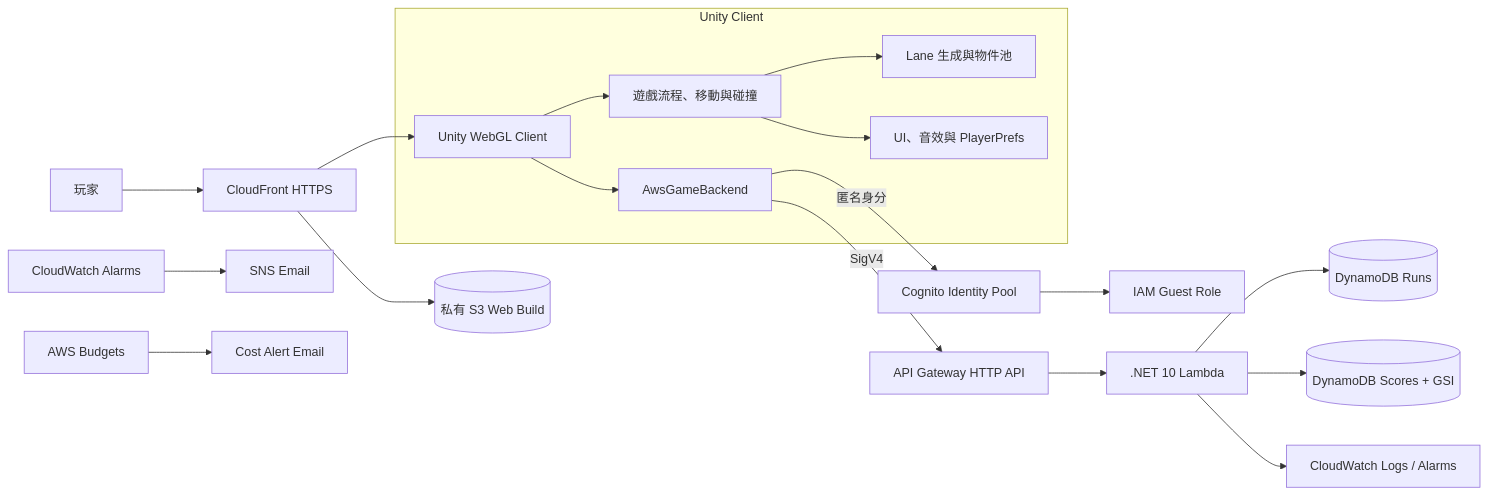
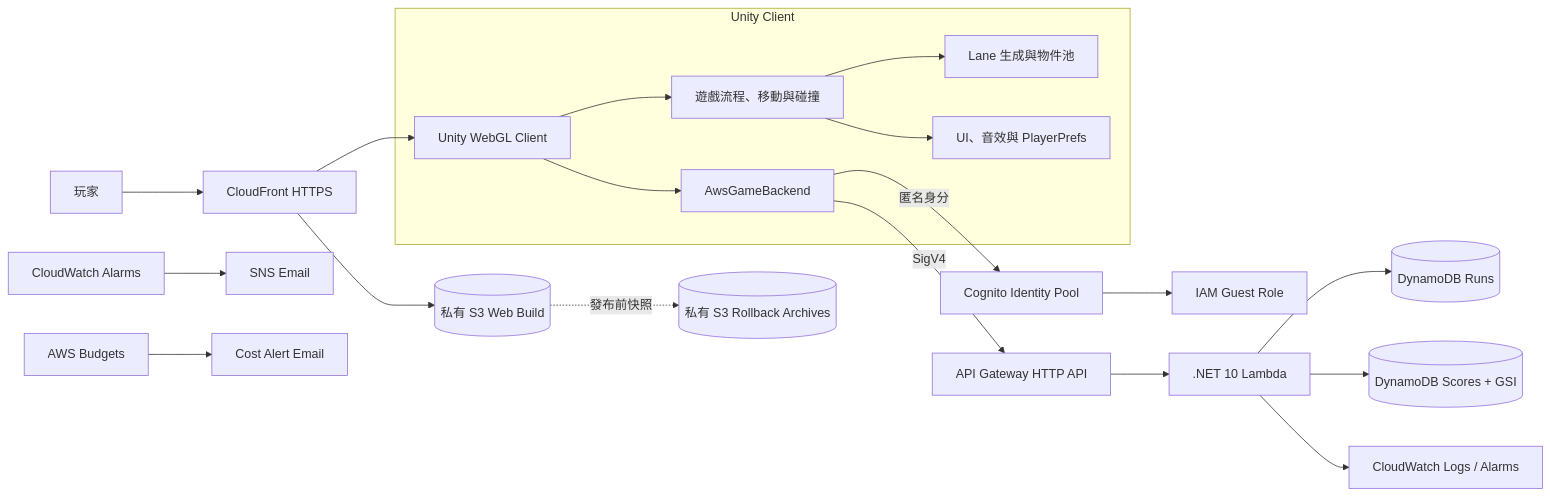
Before and after one commit to 789jacobis/CrossyGame: the first of 2 diagrams in docs/ARCHITECTURE.md, drawn with Mermaid. The commit also changed other lines of this file and 10 other files, not shown here.

Commit message:
Add one-click WebGL rollback

````diff
--- a/docs/ARCHITECTURE.md
+++ b/docs/ARCHITECTURE.md
@@ -7,23 +7,24 @@
 ```mermaid
 flowchart LR
     Player[玩家] --> CDN[CloudFront HTTPS]
     CDN --> Web[(私有 S3 Web Build)]
+    Web -. 發布前快照 .-> Rollback[(私有 S3 Rollback Archives)]
     CDN --> Client[Unity WebGL Client]
 
     subgraph ClientSide[Unity Client]
         Client --> Game[遊戲流程、移動與碰撞]
         Game --> World[Lane 生成與物件池]
         Game --> UI[UI、音效與 PlayerPrefs]
         Client --> Backend[AwsGameBackend]
     end
 
     Backend -->|匿名身分| Cognito[Cognito Identity Pool]
     Cognito --> Role[IAM Guest Role]
     Backend -->|SigV4| API[API Gateway HTTP API]
     API --> Lambda[.NET 10 Lambda]
     Lambda --> Runs[(DynamoDB Runs)]
     Lambda --> Scores[(DynamoDB Scores + GSI)]
     Lambda --> Logs[CloudWatch Logs / Alarms]
     Alarms[CloudWatch Alarms] --> SNS[SNS Email]
     Budget[AWS Budgets] --> Email[Cost Alert Email]
 ```
````
